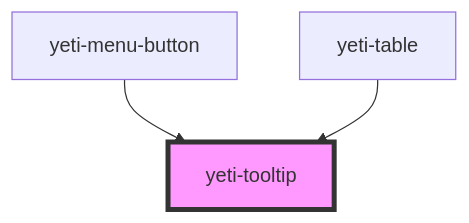
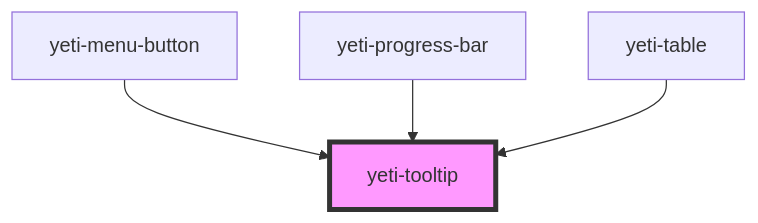
Before and after one commit to msoltvedt/yeti: the diagram in src/components/yeti-tooltip/readme.md, drawn with Mermaid. The commit also changed other lines of this file and 38 other files, not shown here.

````diff
--- a/src/components/yeti-tooltip/readme.md
+++ b/src/components/yeti-tooltip/readme.md
@@ -28,6 +30,7 @@
 ```mermaid
 graph TD;
   yeti-menu-button --> yeti-tooltip
+  yeti-progress-bar --> yeti-tooltip
   yeti-table --> yeti-tooltip
   style yeti-tooltip fill:#f9f,stroke:#333,stroke-width:4px
 ```
````
